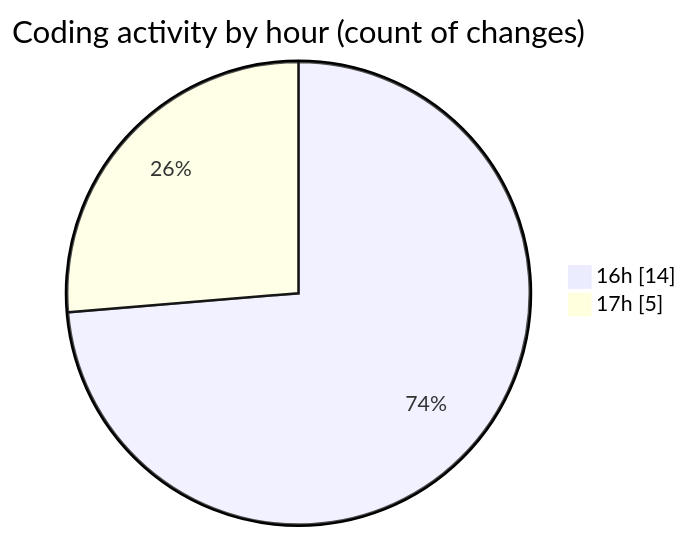
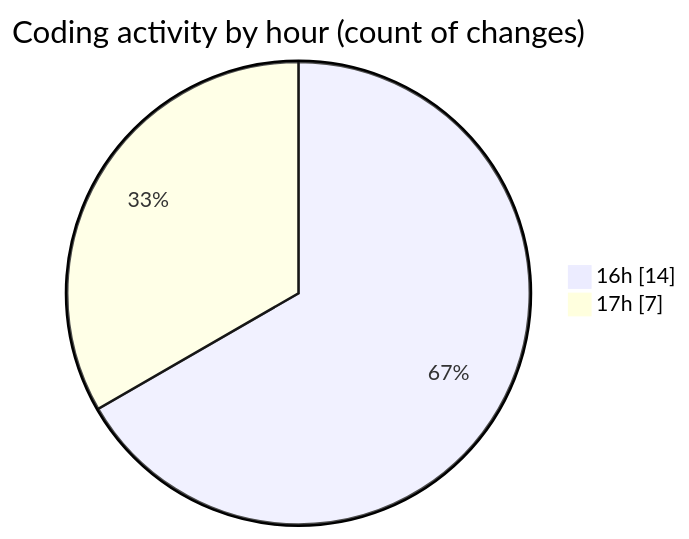
The second of 2 diagrams in 2025-01-31/flask/README.md (Elitesun/code-tracking), drawn with Mermaid before and after one commit. The commit also changed other lines of this file and 1 other file, not shown here.

````diff
--- a/2025-01-31/flask/README.md
+++ b/2025-01-31/flask/README.md
@@ -35,6 +35,6 @@
 ```mermaid
 pie showData
 title Coding activity by hour (count of changes)
 "16h" : 14
-"17h" : 5
+"17h" : 7
 ```
````
